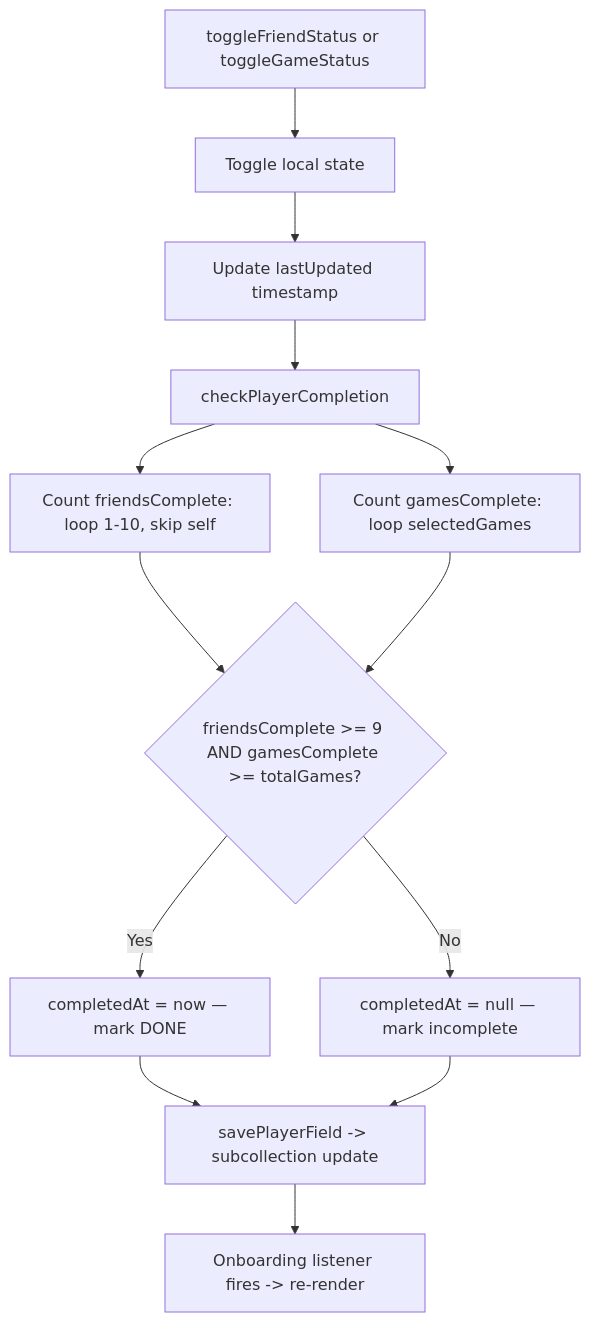
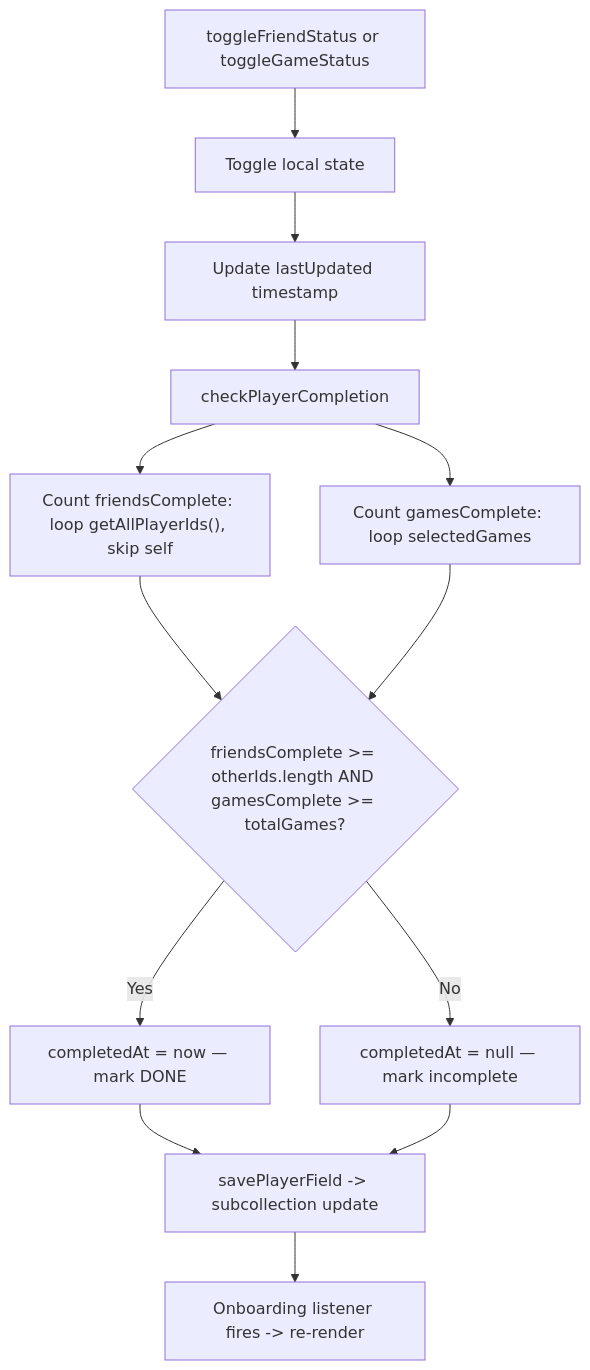
Before and after one commit to LNiitlahti/BoardGame: the second of 6 diagrams in BoardGame/docs/architecture/onboarding-lightweight.md, drawn with Mermaid. The commit also changed other lines of this file and 20 other files, not shown here.

````diff
--- a/BoardGame/docs/architecture/onboarding-lightweight.md
+++ b/BoardGame/docs/architecture/onboarding-lightweight.md
@@ -44,15 +58,15 @@
 ```mermaid
 flowchart TD
     A[toggleFriendStatus or toggleGameStatus] --> B[Toggle local state]
     B --> C[Update lastUpdated timestamp]
     C --> D[checkPlayerCompletion]
-    D --> E["Count friendsComplete: loop 1-10, skip self"]
+    D --> E["Count friendsComplete: loop getAllPlayerIds(), skip self"]
     D --> F["Count gamesComplete: loop selectedGames"]
-    E --> G{"friendsComplete >= 9 AND gamesComplete >= totalGames?"}
+    E --> G{"friendsComplete >= otherIds.length AND gamesComplete >= totalGames?"}
     F --> G
     G -->|Yes| H["completedAt = now — mark DONE"]
     G -->|No| I["completedAt = null — mark incomplete"]
     H --> J["savePlayerField -> subcollection update"]
     I --> J
     J --> K["Onboarding listener fires -> re-render"]
 ```
````
